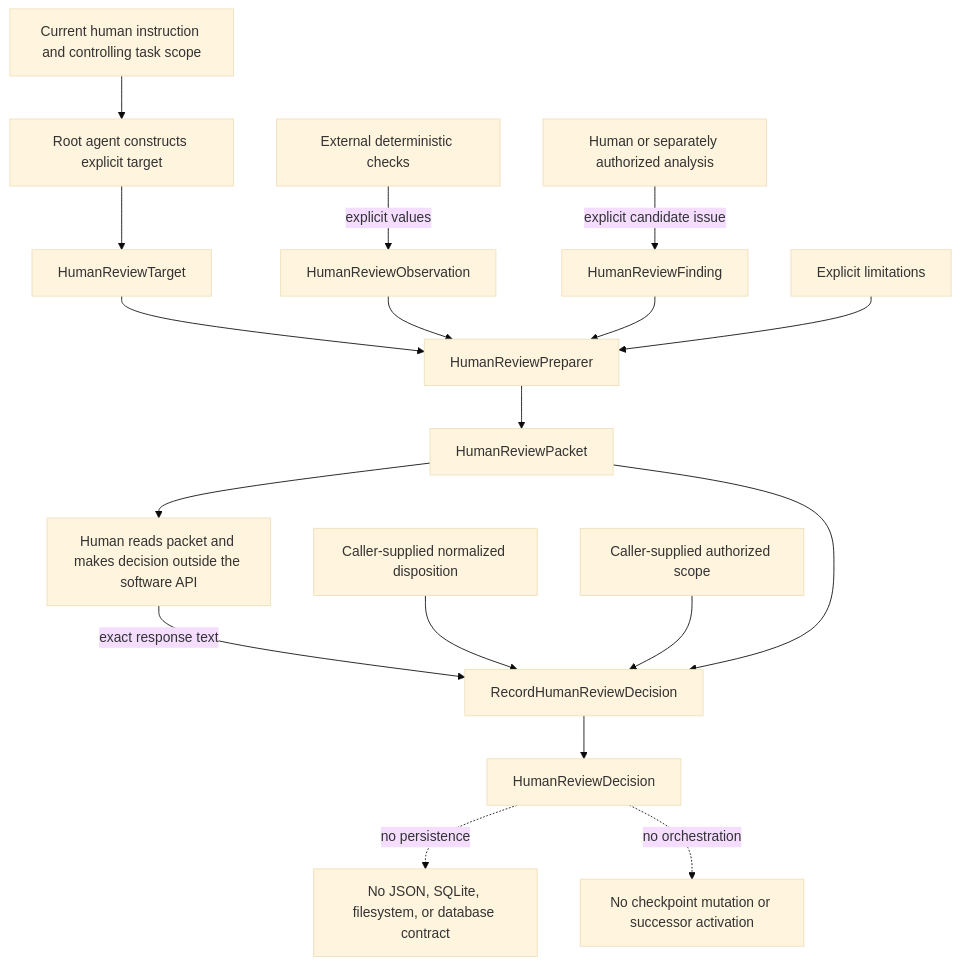
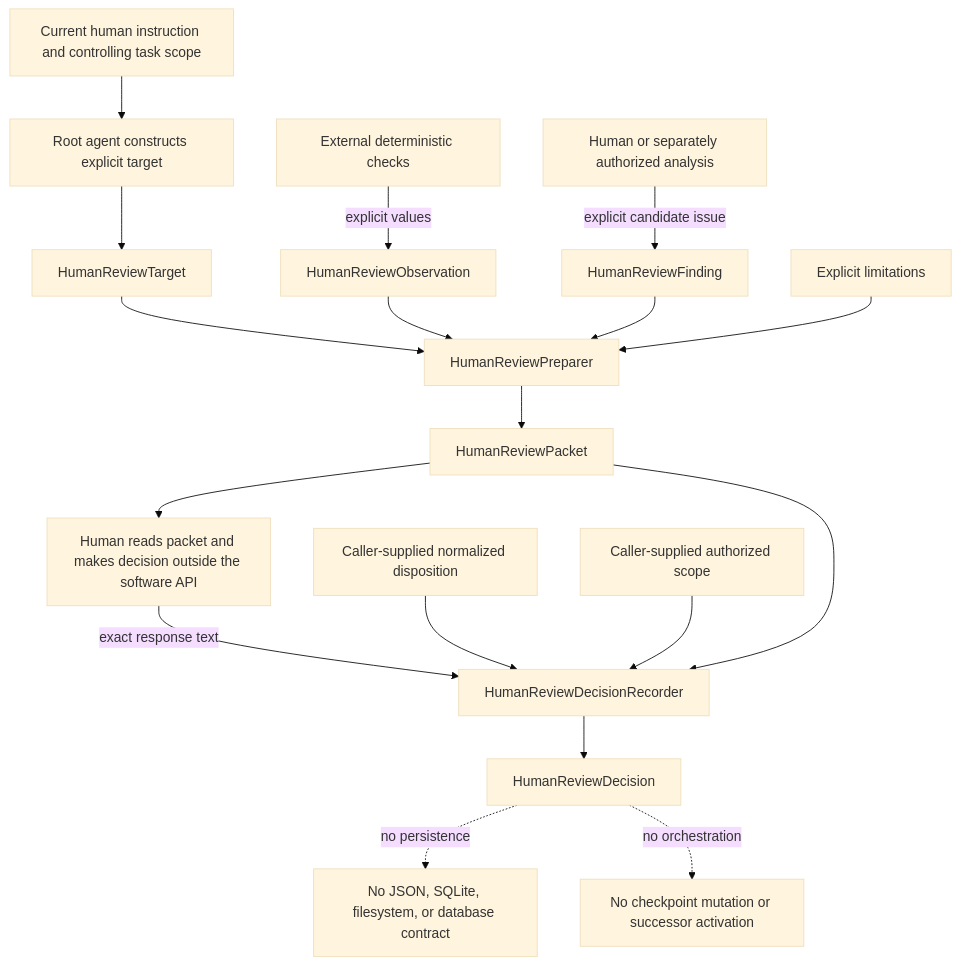
Before and after one commit to eragasa/ksdft2effmass: the first of 8 diagrams in docs/harness/ksdft2effmass.harness.003.001.002.md, drawn with Mermaid (base theme). The commit also changed other lines of this file and 17 other files, not shown here.

Commit message:
Correct human review decision architecture

````diff
--- a/docs/harness/ksdft2effmass.harness.003.001.002.md
+++ b/docs/harness/ksdft2effmass.harness.003.001.002.md
@@ -17,23 +17,23 @@
 ```mermaid
 flowchart TD
     Authority["Current human instruction and controlling task scope"] --> Caller["Root agent constructs explicit target"]
     Caller --> Target["HumanReviewTarget"]
     Checks["External deterministic checks"] -->|explicit values| Observation["HumanReviewObservation"]
     Analysis["Human or separately authorized analysis"] -->|explicit candidate issue| Finding["HumanReviewFinding"]
 
     Target --> Prepare["HumanReviewPreparer"]
     Observation --> Prepare
     Finding --> Prepare
     Limitations["Explicit limitations"] --> Prepare
     Prepare --> Packet["HumanReviewPacket"]
 
     Packet --> Human["Human reads packet and makes decision outside the software API"]
-    Human -->|exact response text| Record["RecordHumanReviewDecision"]
+    Human -->|exact response text| Record["HumanReviewDecisionRecorder"]
     CallerDisposition["Caller-supplied normalized disposition"] --> Record
     CallerScope["Caller-supplied authorized scope"] --> Record
     Packet --> Record
     Record --> Decision["HumanReviewDecision"]
 
     Decision -. no persistence .-> NoDatabase["No JSON, SQLite, filesystem, or database contract"]
     Decision -. no orchestration .-> NoActivation["No checkpoint mutation or successor activation"]
 ```
````
